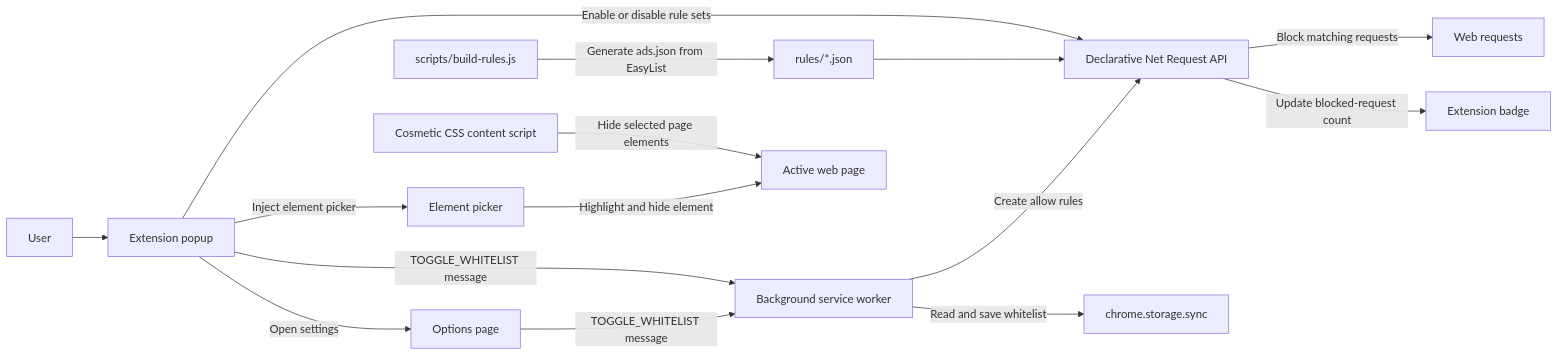
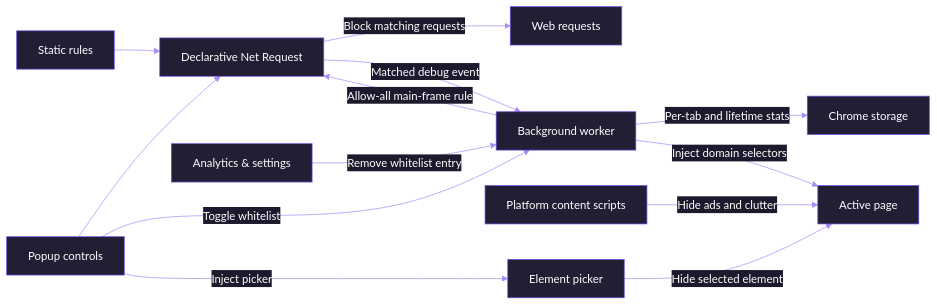
One commit to BhadriPrabhu/no_noise changed the diagram in README.md. Above: the diagram before and after it, drawn with Mermaid. The commit also changed other lines of this file, not shown here.

````diff
--- a/README.md
+++ b/README.md
@@ -15,20 +112,18 @@
 ```mermaid
+%%{init: {'theme': 'base', 'themeVariables': { 'primaryColor': '#221f35', 'primaryTextColor': '#ffffff', 'primaryBorderColor': '#724ae8', 'lineColor': '#a78bfa', 'secondaryColor': '#1c1a2d', 'tertiaryColor': '#0d0c13'}}}%%
 flowchart LR
-    User --> Popup["Extension popup"]
-    Popup -->|"Enable or disable rule sets"| DNR["Declarative Net Request API"]
-    Rules["rules/*.json"] --> DNR
-    DNR -->|"Block matching requests"| Web["Web requests"]
-    DNR -->|"Update blocked-request count"| Badge["Extension badge"]
+    Popup["Popup controls"] --> DNR["Declarative Net Request"]
+    Rules["Static rules"] --> DNR
+    DNR -->|"Block matching requests"| Requests["Web requests"]
+    DNR -->|"Matched debug event"| Worker["Background worker"]
+    Worker -->|"Per-tab and lifetime stats"| Storage["Chrome storage"]
 
-    Popup -->|"TOGGLE_WHITELIST message"| Worker["Background service worker"]
-    Options["Options page"] -->|"TOGGLE_WHITELIST message"| Worker
-    Worker -->|"Read and save whitelist"| Storage["chrome.storage.sync"]
-    Worker -->|"Create allow rules"| DNR
+    Popup -->|"Toggle whitelist"| Worker
+    Options["Analytics & settings"] -->|"Remove whitelist entry"| Worker
+    Worker -->|"Allow-all main-frame rule"| DNR
 
-    Popup -->|"Inject element picker"| Picker["Element picker"]
-    ContentCSS["Cosmetic CSS content script"] -->|"Hide selected page elements"| Page["Active web page"]
-    Picker -->|"Highlight and hide element"| Page
-    Popup -->|"Open settings"| Options
-
-    Generator["scripts/build-rules.js"] -->|"Generate ads.json from EasyList"| Rules
+    Worker -->|"Inject domain selectors"| Page["Active page"]
+    Content["Platform content scripts"] -->|"Hide ads and clutter"| Page
+    Popup -->|"Inject picker"| Picker["Element picker"]
+    Picker -->|"Hide selected element"| Page
 ```
````
